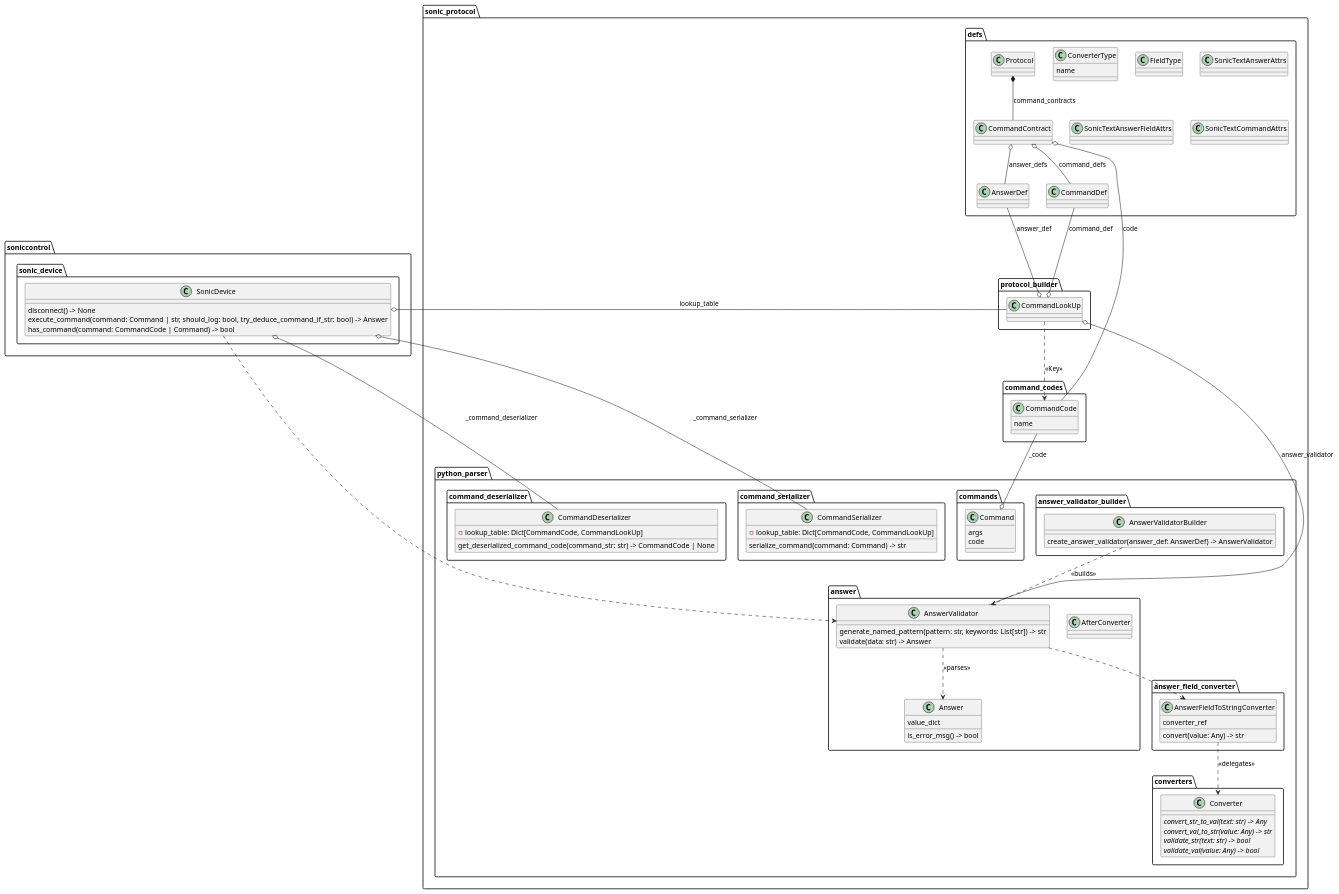
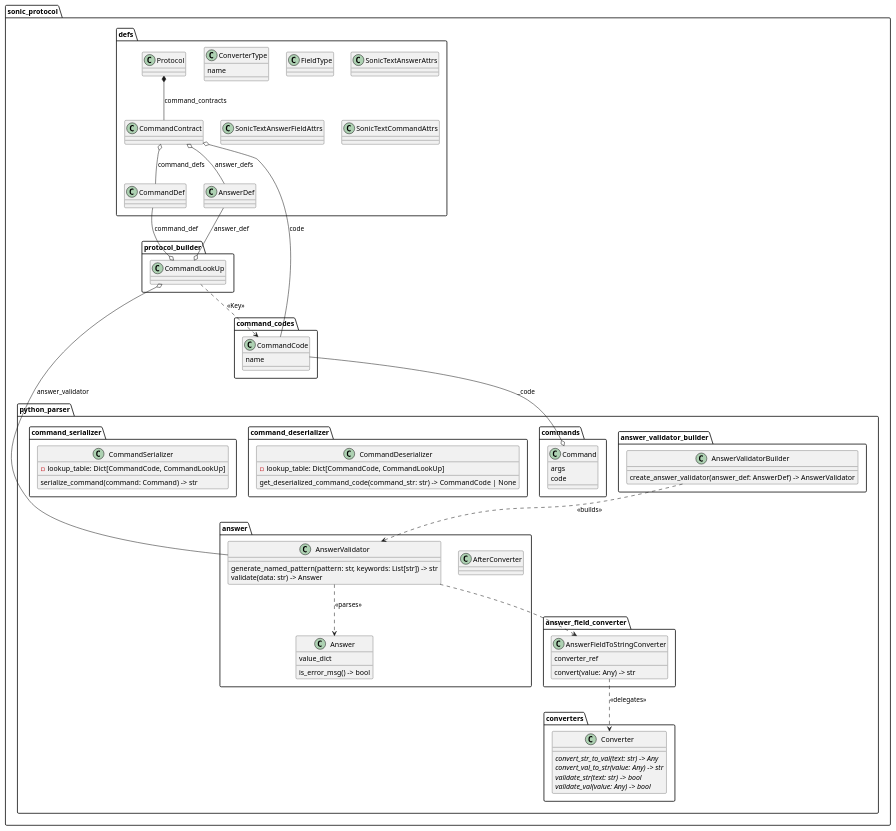
Before and after one commit to usepat/SW-soniccontrol: the diagram in docs/diagrams/sonic_protocol/python_parser.puml, drawn with PlantUML. The commit also changed 19 other files, not shown here.

Commit message:
Added documentation about sonic_protocol and udated the old documentation. Now I begin to document the system tests

```diff
--- a/docs/diagrams/sonic_protocol/python_parser.puml
+++ b/docs/diagrams/sonic_protocol/python_parser.puml
@@ -1,102 +1,91 @@
 @startuml classes_sonic_protocol
 set separator . 
 top to bottom direction
 
 
 package sonic_protocol.defs {
   class "CommandContract"  {
   }
   class "CommandDef" {
   }
   class "ConverterType"  {
     name
   }
   class "FieldType" {
   }
   class "Protocol" {
   }
   class "SonicTextAnswerAttrs" {
   }
   class "SonicTextAnswerFieldAttrs" {
   }
   class "SonicTextCommandAttrs" {
   }
 
   Protocol *-- CommandContract : command_contracts
   CommandContract o-- CommandDef : command_defs
   CommandContract o-- AnswerDef : answer_defs
   CommandContract o-- sonic_protocol.command_codes.CommandCode : code
 }
 
 class "AfterConverter" as sonic_protocol.python_parser.answer.AfterConverter {
 }
 class "Answer" as sonic_protocol.python_parser.answer.Answer {
   value_dict
   is_error_msg() -> bool
 }
 class "AnswerFieldToStringConverter" as sonic_protocol.python_parser.answer_field_converter.AnswerFieldToStringConverter {
   converter_ref
   convert(value: Any) -> str
 }
 class "AnswerValidator" as sonic_protocol.python_parser.answer.AnswerValidator {
   generate_named_pattern(pattern: str, keywords: List[str]) -> str
   validate(data: str) -> Answer
 }
 class "AnswerValidatorBuilder" as sonic_protocol.python_parser.answer_validator_builder.AnswerValidatorBuilder {
   create_answer_validator(answer_def: AnswerDef) -> AnswerValidator
 }
 class "Command" as sonic_protocol.python_parser.commands.Command {
   args
   code
 }
 class "CommandCode" as sonic_protocol.command_codes.CommandCode {
   name
 }
 
 class "CommandDeserializer" as sonic_protocol.python_parser.command_deserializer.CommandDeserializer {
   - lookup_table: Dict[CommandCode, CommandLookUp]
   get_deserialized_command_code(command_str: str) -> CommandCode | None
 }
 
 class "CommandSerializer" as sonic_protocol.python_parser.command_serializer.CommandSerializer {
   - lookup_table: Dict[CommandCode, CommandLookUp]
   serialize_command(command: Command) -> str
 }
 
 class "CommandLookUp" as sonic_protocol.protocol_builder.CommandLookUp {
 }
 
 class "Converter" as sonic_protocol.python_parser.converters.Converter {
   {abstract}convert_str_to_val(text: str) -> Any
   {abstract}convert_val_to_str(value: Any) -> str
   {abstract}validate_str(text: str) -> bool
   {abstract}validate_val(value: Any) -> bool
 }
 
-class "SonicDevice" as soniccontrol.sonic_device.SonicDevice {
-  disconnect() -> None
-  execute_command(command: Command | str, should_log: bool, try_deduce_command_if_str: bool) -> Answer
-  has_command(command: CommandCode | Command) -> bool
-}
-
 
 sonic_protocol.python_parser.answer.AnswerValidator ..> sonic_protocol.python_parser.answer.Answer : <<parses>>
 
 sonic_protocol.command_codes.CommandCode --o sonic_protocol.python_parser.commands.Command : _code
 
 sonic_protocol.protocol_builder.CommandLookUp ..> CommandCode: <<Key>>
 sonic_protocol.protocol_builder.CommandLookUp o-u- CommandDef: command_def
 sonic_protocol.protocol_builder.CommandLookUp o-u- AnswerDef: answer_def
 sonic_protocol.protocol_builder.CommandLookUp o-- sonic_protocol.python_parser.answer.AnswerValidator: answer_validator
 
 sonic_protocol.python_parser.answer_field_converter.AnswerFieldToStringConverter ..> sonic_protocol.python_parser.converters.Converter : <<delegates>>
 sonic_protocol.python_parser.answer.AnswerValidator ..> sonic_protocol.python_parser.answer_field_converter.AnswerFieldToStringConverter
 
 sonic_protocol.python_parser.answer_validator_builder.AnswerValidatorBuilder ..> sonic_protocol.python_parser.answer.AnswerValidator : <<builds>>
 
-soniccontrol.sonic_device.SonicDevice o-- sonic_protocol.python_parser.command_serializer.CommandSerializer : _command_serializer
-soniccontrol.sonic_device.SonicDevice o-- sonic_protocol.python_parser.command_deserializer.CommandDeserializer : _command_deserializer
-soniccontrol.sonic_device.SonicDevice o-r- sonic_protocol.protocol_builder.CommandLookUp : lookup_table
-soniccontrol.sonic_device.SonicDevice ..> sonic_protocol.python_parser.answer.AnswerValidator 
-
 @enduml
```
